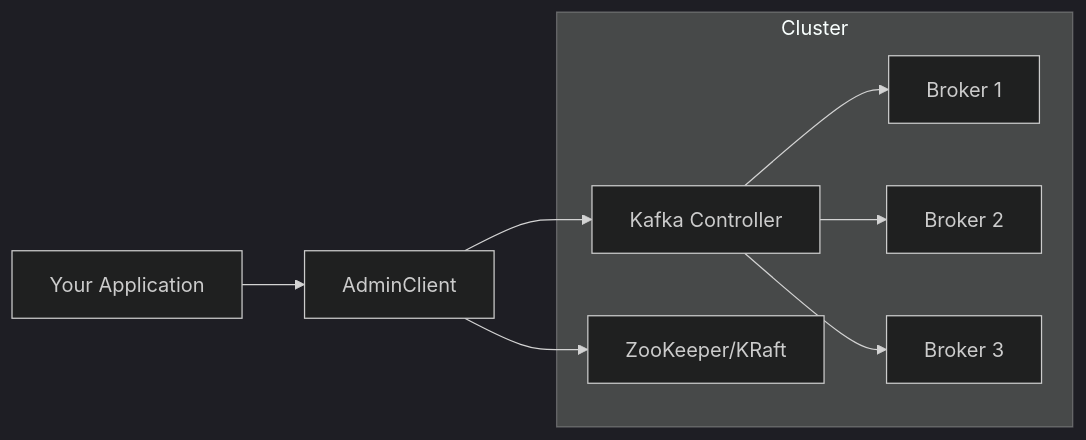
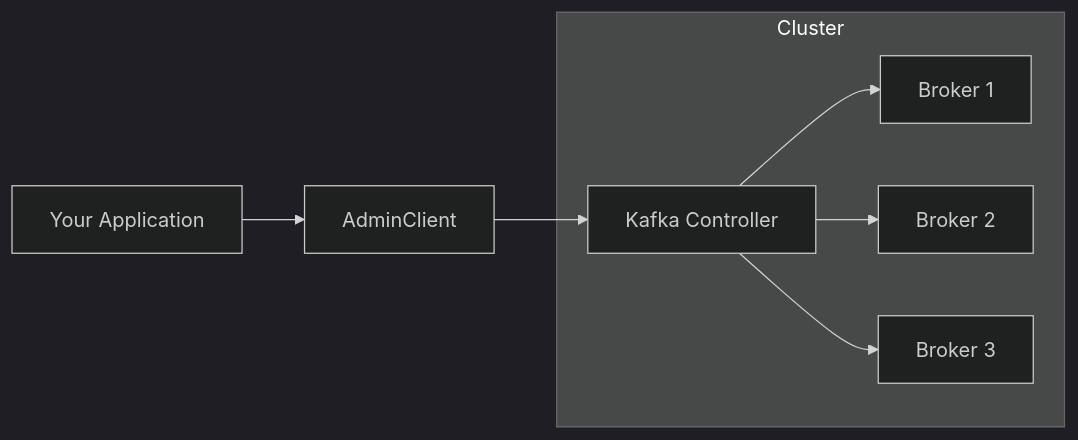
Before and after one commit to OneUptime/blog: the first of 2 diagrams in posts/2026-01-30-kafka-admin-client-operations/README.md, drawn with Mermaid (dark theme). The commit also changed other lines of this file and 2 other files, not shown here.

````diff
--- a/posts/2026-01-30-kafka-admin-client-operations/README.md
+++ b/posts/2026-01-30-kafka-admin-client-operations/README.md
@@ -26,17 +26,15 @@
 ```mermaid
 flowchart LR
     A[Your Application] --> B[AdminClient]
     B --> C[Kafka Controller]
     C --> D[Broker 1]
     C --> E[Broker 2]
     C --> F[Broker 3]
-    B --> G[ZooKeeper/KRaft]
 
     subgraph Cluster
         C
         D
         E
         F
-        G
     end
 ```
````
